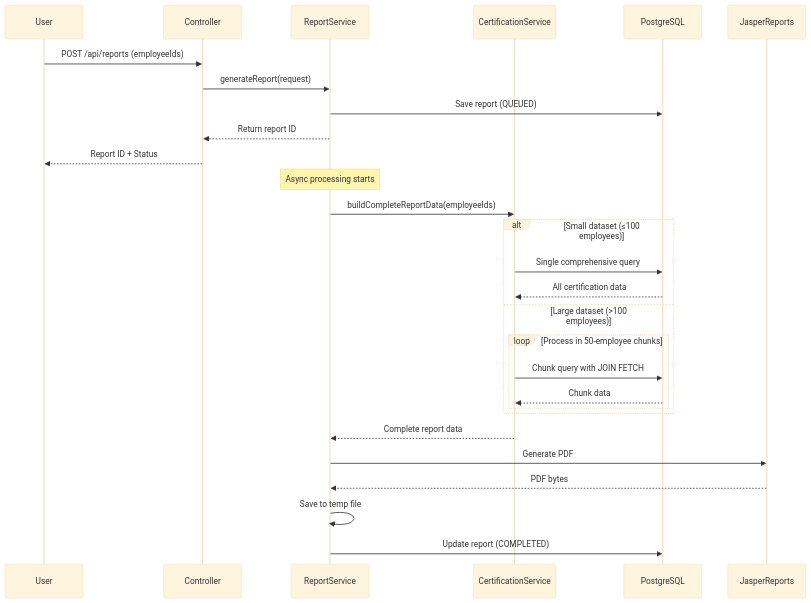
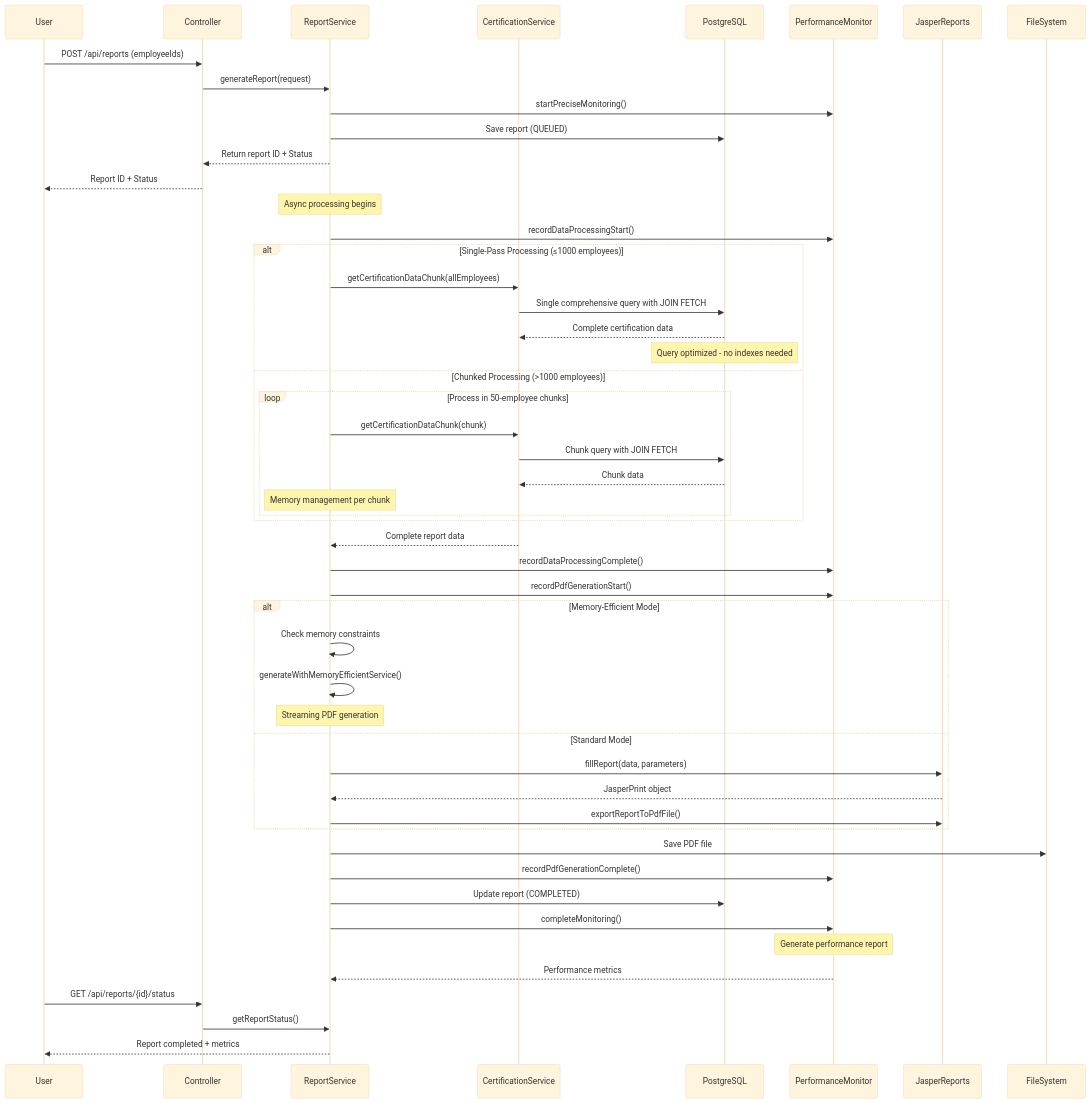
One commit to dpavelescu/certification-report-system changed the second of 11 diagrams in docs/pdf-generation-process.md. Above: the diagram before and after it, drawn with Mermaid (base theme). The commit also changed other lines of this file and 36 other files, not shown here.

````diff
--- a/docs/pdf-generation-process.md
+++ b/docs/pdf-generation-process.md
@@ -9,34 +79,63 @@
 ```mermaid
 sequenceDiagram
     participant User
     participant Controller
     participant ReportService
     participant CertService as CertificationService
     participant DB as PostgreSQL
+    participant Monitor as PerformanceMonitor
     participant Jasper as JasperReports
+    participant FS as FileSystem
 
     User->>Controller: POST /api/reports (employeeIds)
     Controller->>ReportService: generateReport(request)
+    
+    ReportService->>Monitor: startPreciseMonitoring()
     ReportService->>DB: Save report (QUEUED)
-    ReportService-->>Controller: Return report ID
+    ReportService-->>Controller: Return report ID + Status
     Controller-->>User: Report ID + Status
-
-    Note over ReportService: Async processing starts
-    ReportService->>CertService: buildCompleteReportData(employeeIds)
     
-    alt Small dataset (≤100 employees)
-        CertService->>DB: Single comprehensive query
-        DB-->>CertService: All certification data
-    else Large dataset (>100 employees)
+    Note over ReportService: Async processing begins
+    ReportService->>Monitor: recordDataProcessingStart()
+    
+    alt Single-Pass Processing (≤1000 employees)
+        ReportService->>CertService: getCertificationDataChunk(allEmployees)
+        CertService->>DB: Single comprehensive query with JOIN FETCH
+        DB-->>CertService: Complete certification data
+        Note over DB: Query optimized - no indexes needed
+    else Chunked Processing (>1000 employees)
         loop Process in 50-employee chunks
+            ReportService->>CertService: getCertificationDataChunk(chunk)
             CertService->>DB: Chunk query with JOIN FETCH
             DB-->>CertService: Chunk data
+            Note over ReportService: Memory management per chunk
         end
     end
     
     CertService-->>ReportService: Complete report data
-    ReportService->>Jasper: Generate PDF
-    Jasper-->>ReportService: PDF bytes
-    ReportService->>ReportService: Save to temp file
+    ReportService->>Monitor: recordDataProcessingComplete()
+    
+    ReportService->>Monitor: recordPdfGenerationStart()
+    
+    alt Memory-Efficient Mode
+        ReportService->>ReportService: Check memory constraints
+        ReportService->>ReportService: generateWithMemoryEfficientService()
+        Note over ReportService: Streaming PDF generation
+    else Standard Mode
+        ReportService->>Jasper: fillReport(data, parameters)
+        Jasper-->>ReportService: JasperPrint object
+        ReportService->>Jasper: exportReportToPdfFile()
+    end
+    
+    ReportService->>FS: Save PDF file
+    ReportService->>Monitor: recordPdfGenerationComplete()
     ReportService->>DB: Update report (COMPLETED)
+    ReportService->>Monitor: completeMonitoring()
+    
+    Note over Monitor: Generate performance report
+    Monitor-->>ReportService: Performance metrics
+    
+    User->>Controller: GET /api/reports/{id}/status
+    Controller->>ReportService: getReportStatus()
+    ReportService-->>User: Report completed + metrics
 ```
````
